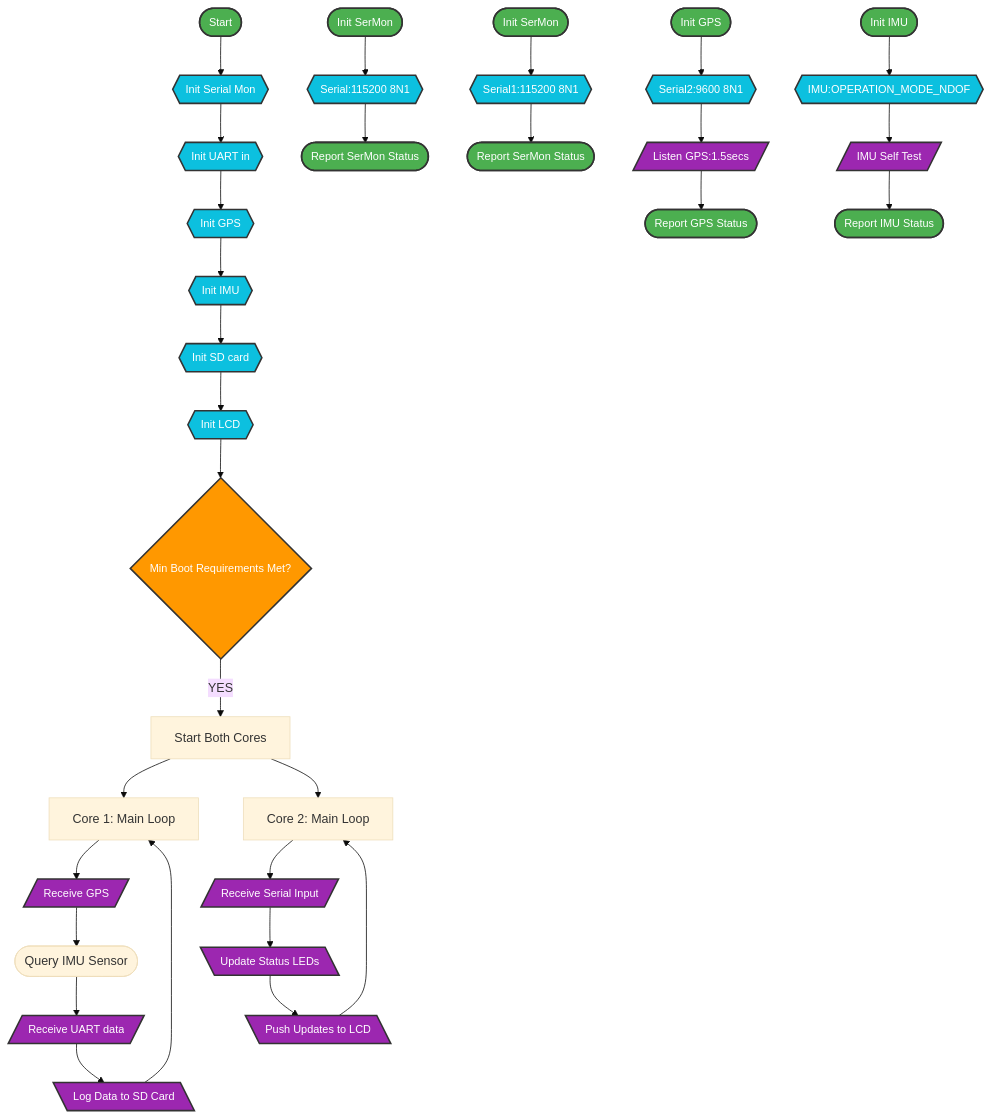
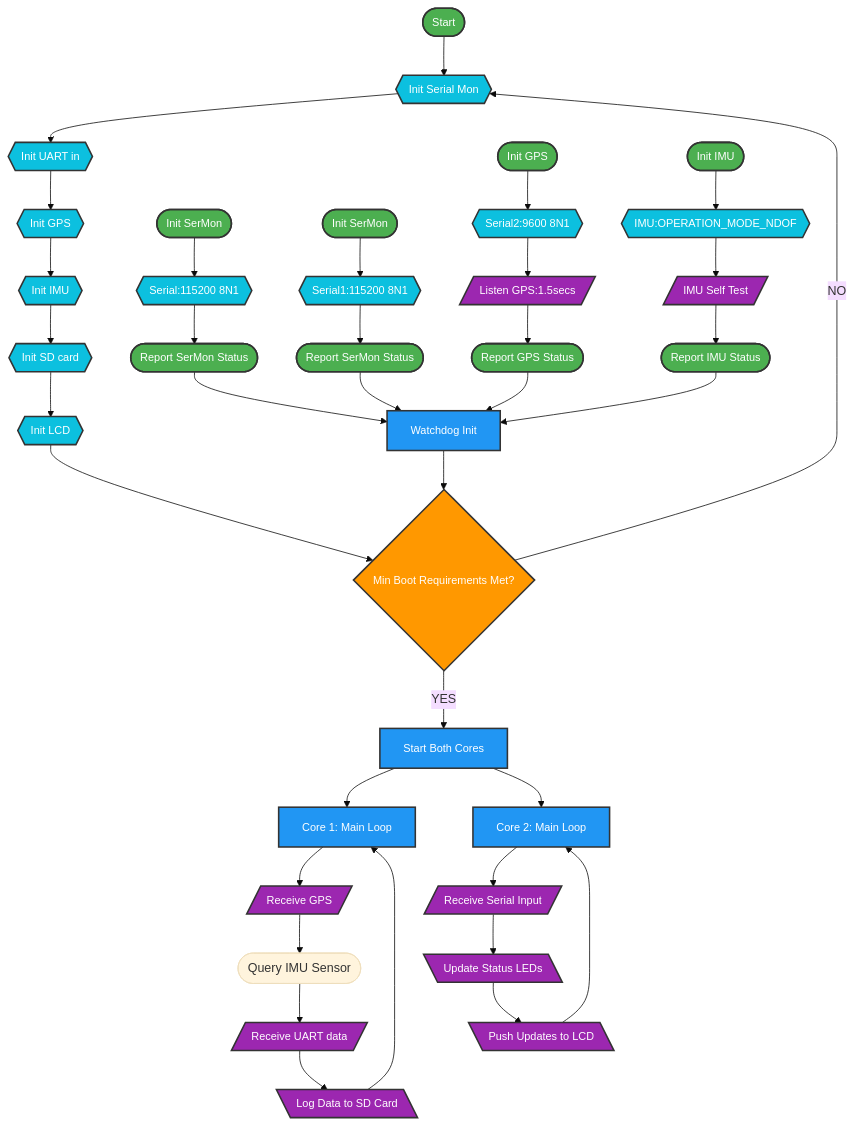
One commit to Phoenixjack/otw changed the diagram in readme.md. Above: the diagram before and after it, drawn with Mermaid (base theme). The commit also changed other lines of this file, not shown here.

````diff
--- a/readme.md
+++ b/readme.md
@@ -35,60 +35,67 @@
 ```mermaid
 flowchart TD
     %% Define Nodes
     Start([Start]) --> InitSerMon{{Init Serial Mon}}
     InitSerMon --> InitUARTin{{Init UART in}}
     InitUARTin --> InitGPS{{Init GPS}}
     InitGPS --> InitIMU{{Init IMU}}
     InitIMU --> InitSDcard{{Init SD card}}
     InitSDcard --> InitLCD{{Init LCD}}
 	InitLCD --> MinBootReqs{"Min Boot Requirements Met?"}
 	MinBootReqs --> |YES| StartBothCores[Start Both Cores]
+    MinBootReqs --> |NO| InitSerMon{{Init Serial Mon}}
 	
     %% Main Loops
     StartBothCores --> Core1Main[Core 1: Main Loop]
     StartBothCores --> Core2Main[Core 2: Main Loop]
 
     %% Core 1 Tasks
     Core1Main --> GPSFunctions[/Receive GPS/]
     GPSFunctions --> IMUFunctions([Query IMU Sensor])
 	IMUFunctions --> GetUARTdata[/Receive UART data/]
     GetUARTdata --> SDLogging[\Log Data to SD Card\]
     SDLogging --> Core1Main
 
     %% Core 2 Tasks
     Core2Main --> SerialIO[/Receive Serial Input/]
     SerialIO --> StatusLED[\Update Status LEDs\]
     StatusLED --> LCDDisplay[\Push Updates to LCD\]
     LCDDisplay --> Core2Main
 
     %% SUBSYSTEMS
 	StartSerMon([Init SerMon]) --> InitSerial{{Serial:115200 8N1}}
 	InitSerial --> ReportSerMon([Report SerMon Status])
+	ReportSerMon --> WatchdogInit[Watchdog Init]
 	
     StartUARTIn([Init SerMon]) --> InitUARTIn{{Serial1:115200 8N1}}
 	InitUARTIn --> ReportUARTIn([Report SerMon Status])
+	ReportUARTIn --> WatchdogInit
 
     StartGPS([Init GPS]) --> InitSerial2{{Serial2:9600 8N1}}
 	InitSerial2 --> ListenGPS[/"Listen GPS:1.5secs"/]
 	ListenGPS --> ReportGPS([Report GPS Status])
+	ReportGPS --> WatchdogInit
 
     StartIMU([Init IMU]) --> ConfigIMU{{"IMU:OPERATION_MODE_NDOF"}}
 	ConfigIMU --> SelfTestIMU[/"IMU Self Test"/]
 	SelfTestIMU --> ReportIMU([Report IMU Status])
+	ReportIMU --> WatchdogInit
+
+	WatchdogInit --> MinBootReqs
 
     %% Define Classes
     classDef startStop fill:#4CAF50,stroke:#333,stroke-width:2px,font-size:14px,color:#fff;
     classDef process fill:#2196F3,stroke:#333,stroke-width:2px,font-size:14px,color:#fff;
     classDef decision fill:#FF9800,stroke:#333,stroke-width:2px,font-size:14px,color:#fff;
     classDef input fill:#9C27B0,stroke:#333,stroke-width:2px,font-size:14px,color:#fff;
     classDef output fill:#9C27B0,stroke:#333,stroke-width:2px,font-size:14px,color:#fff;
     classDef config fill:#0CC0DF,stroke:#333,stroke-width:2px,font-size:14px,color:#fff;
 
     %% Assign Classes
     class Start,End,StartSerMon,ReportSerMon,StartUARTIn,ReportUARTIn,StartGPS,ReportGPS,StartIMU,ReportIMU startStop;
-    class xxx process;
+    class WatchdogInit,Core1Main,Core2Main,StartBothCores process;
     class MinBootReqs decision;
     class GPSFunctions,SerialIO,GetUARTdata,ListenGPS,SelfTestIMU input;
 	class SDLogging,StatusLED,LCDDisplay output;
 	class InitSerMon,InitUARTin,InitUARTIn,InitGPS,InitIMU,InitSDcard,InitLCD,InitSerial,InitSerial2,ConfigIMU config;
 ```
````
